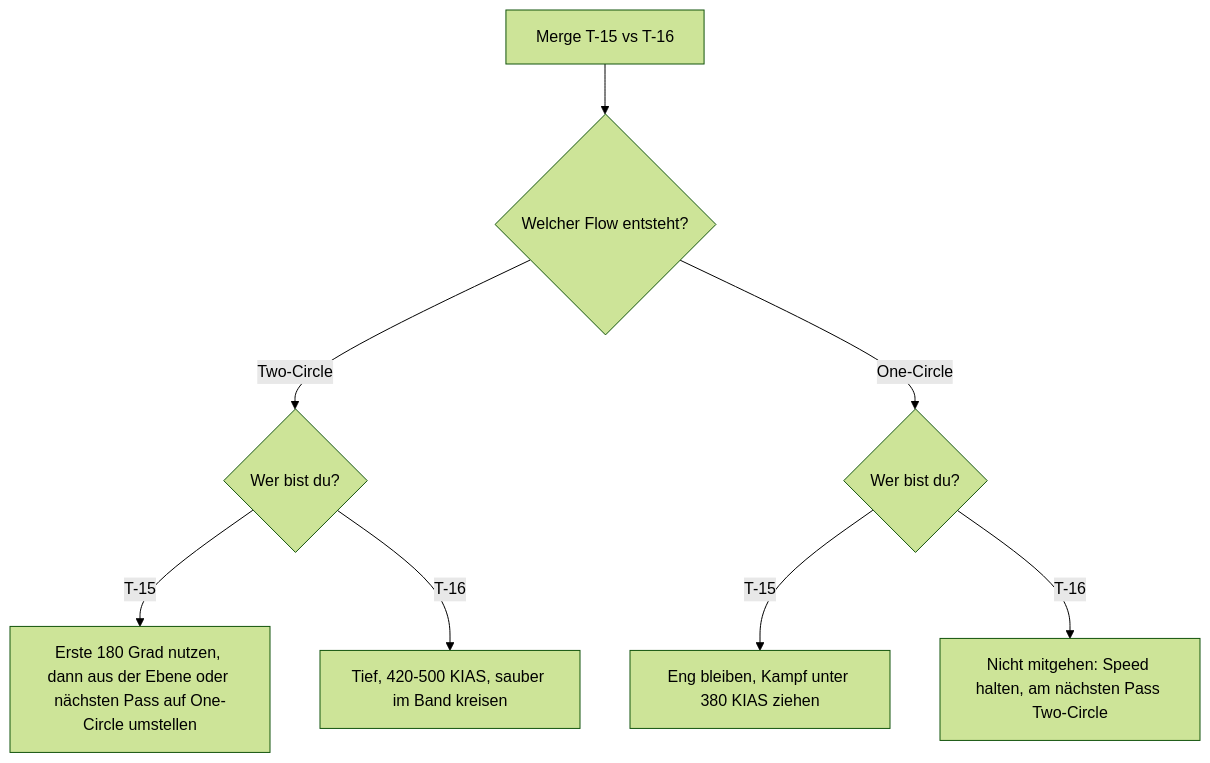
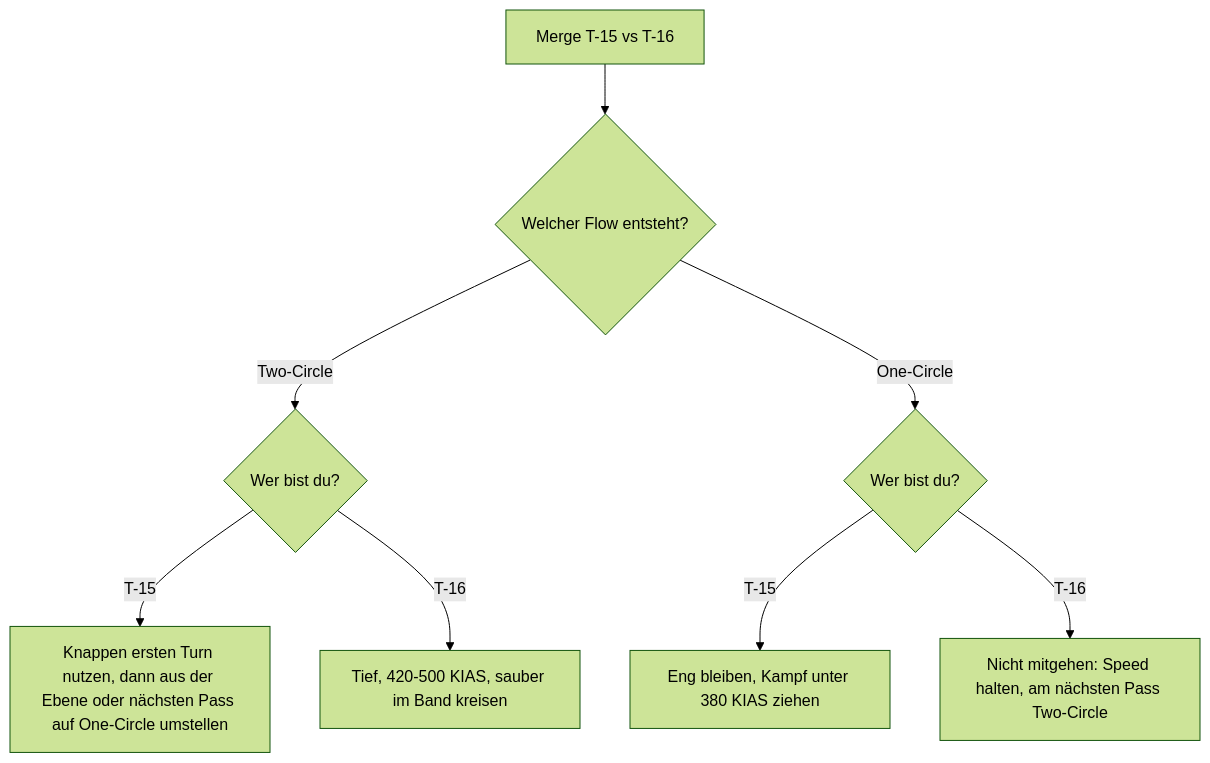
Before and after one commit to lukaio3D/VFM_Wiki: the diagram in docs/flugzeuge/matchups/t15-vs-t16.md, drawn with Mermaid (forest theme). The commit also changed other lines of this file and 8 other files, not shown here.

First line of the commit message:
docs: Erster Turn aus 450 KIAS gemessen, Merge-Strategien für Ranked

````diff
--- a/docs/flugzeuge/matchups/t15-vs-t16.md
+++ b/docs/flugzeuge/matchups/t15-vs-t16.md
@@ -120,10 +120,10 @@
 ```mermaid
 flowchart TD
     A[Merge T-15 vs T-16] --> B{Welcher Flow entsteht?}
     B -->|Two-Circle| C{Wer bist du?}
     B -->|One-Circle| D{Wer bist du?}
-    C -->|T-15| E[Erste 180 Grad nutzen, dann aus der Ebene oder nächsten Pass auf One-Circle umstellen]
+    C -->|T-15| E[Knappen ersten Turn nutzen, dann aus der Ebene oder nächsten Pass auf One-Circle umstellen]
     C -->|T-16| F[Tief, 420-500 KIAS, sauber im Band kreisen]
     D -->|T-15| G[Eng bleiben, Kampf unter 380 KIAS ziehen]
     D -->|T-16| H[Nicht mitgehen: Speed halten, am nächsten Pass Two-Circle]
 ```
````
